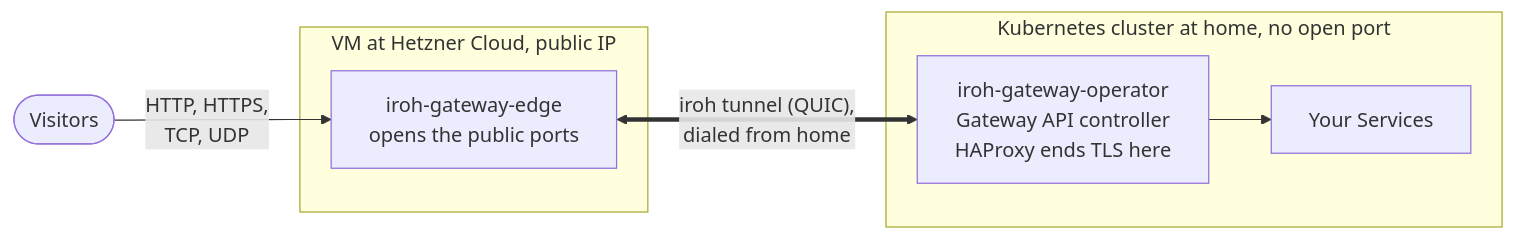
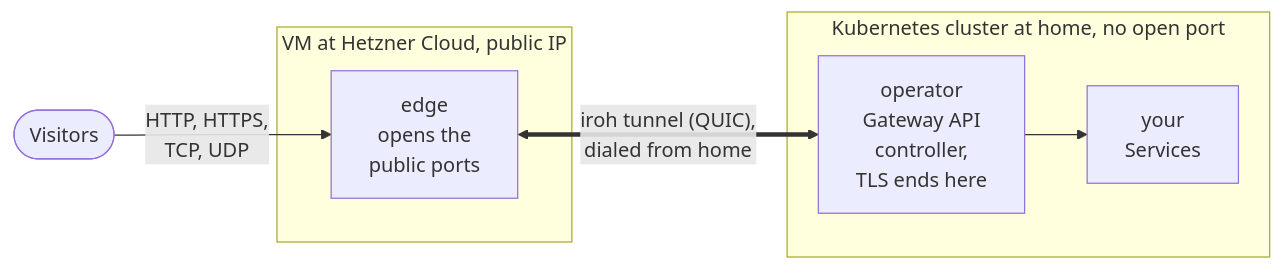
The diagram in README.md (fables-for-robots/iroh-gateway), drawn with Mermaid before and after one commit.

Commit message:
docs: diagram labels in short lines, so the renderer does not break the names
Claude-Session: https://claude.ai/code/session_016sGrMq4AgyXCuMimDKx2MA

````diff
--- a/README.md
+++ b/README.md
@@ -5,17 +5,17 @@
 ```mermaid
 flowchart LR
     visitors(["Visitors"])
 
     subgraph vm["VM at Hetzner Cloud, public IP"]
-        edge["iroh-gateway-edge<br/>opens the public ports"]
+        edge["edge<br/>opens the<br/>public ports"]
     end
 
     subgraph home["Kubernetes cluster at home, no open port"]
-        operator["iroh-gateway-operator<br/>Gateway API controller<br/>HAProxy ends TLS here"]
-        services["Your Services"]
+        operator["operator<br/>Gateway API<br/>controller,<br/>TLS ends here"]
+        services["your<br/>Services"]
     end
 
     visitors -- "HTTP, HTTPS,<br/>TCP, UDP" --> edge
     edge <== "iroh tunnel (QUIC),<br/>dialed from home" ==> operator
     operator --> services
 ```
````
